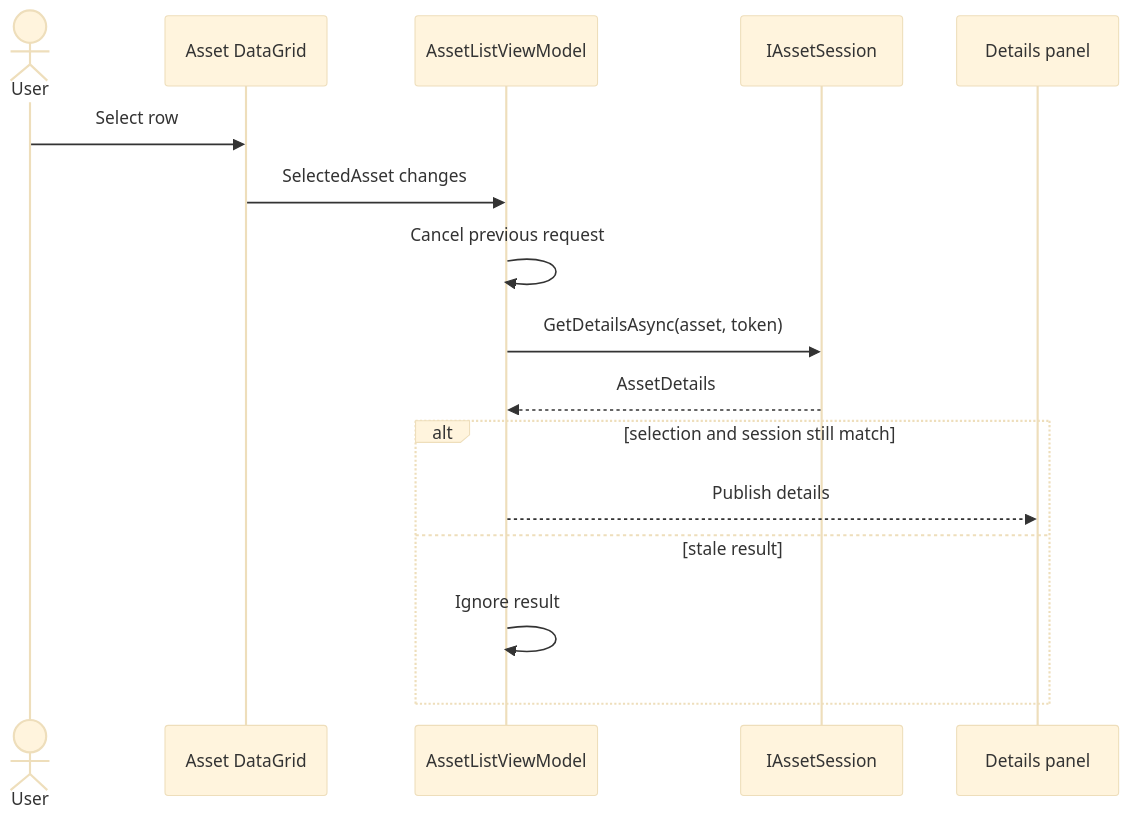
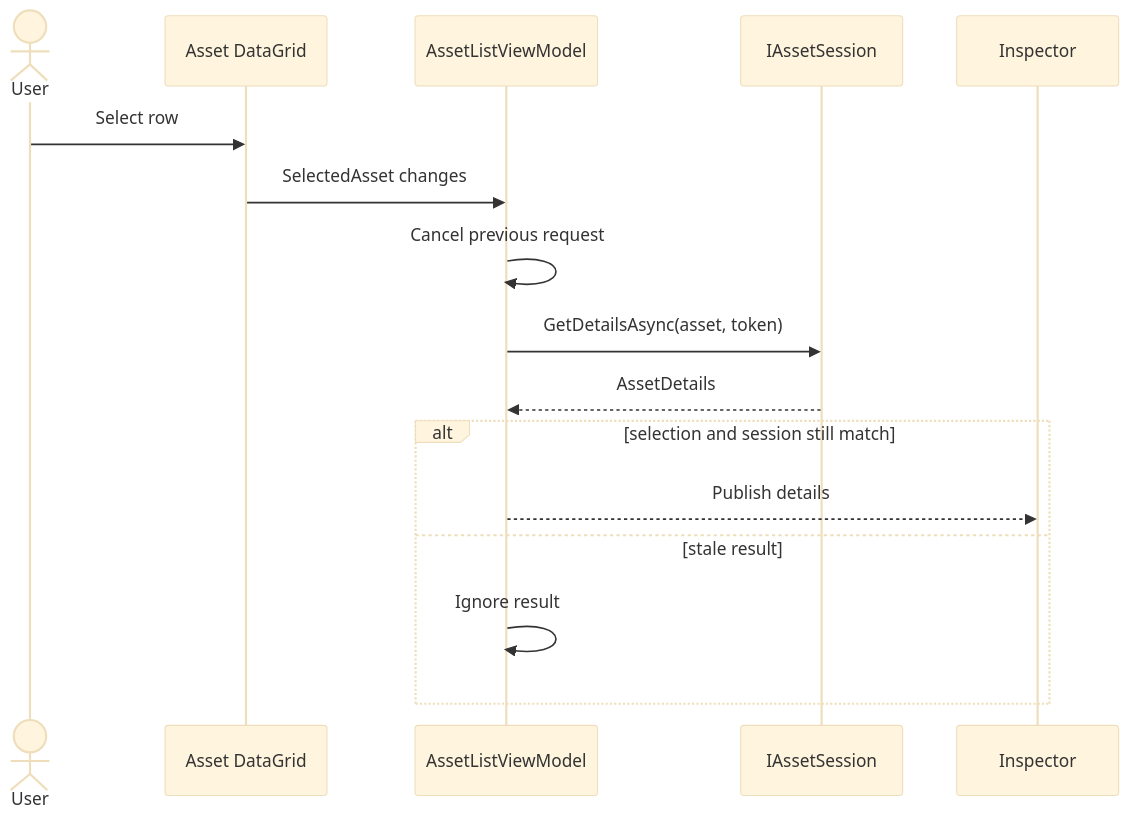
Before and after one commit to PapayaModding/UABS: the third of 5 diagrams in Avalonia/docs/03_design/ui-and-workflow-design.md, drawn with Mermaid (base theme). The commit also changed other lines of this file and 94 other files, not shown here.

````diff
--- a/Avalonia/docs/03_design/ui-and-workflow-design.md
+++ b/Avalonia/docs/03_design/ui-and-workflow-design.md
@@ -46,19 +101,19 @@
 ```mermaid
 sequenceDiagram
     actor User
     participant Grid as Asset DataGrid
     participant List as AssetListViewModel
     participant Session as IAssetSession
-    participant Panel as Details panel
+    participant Panel as Inspector
 
     User->>Grid: Select row
     Grid->>List: SelectedAsset changes
     List->>List: Cancel previous request
     List->>Session: GetDetailsAsync(asset, token)
     Session-->>List: AssetDetails
     alt selection and session still match
         List-->>Panel: Publish details
     else stale result
         List->>List: Ignore result
     end
 ```
````
